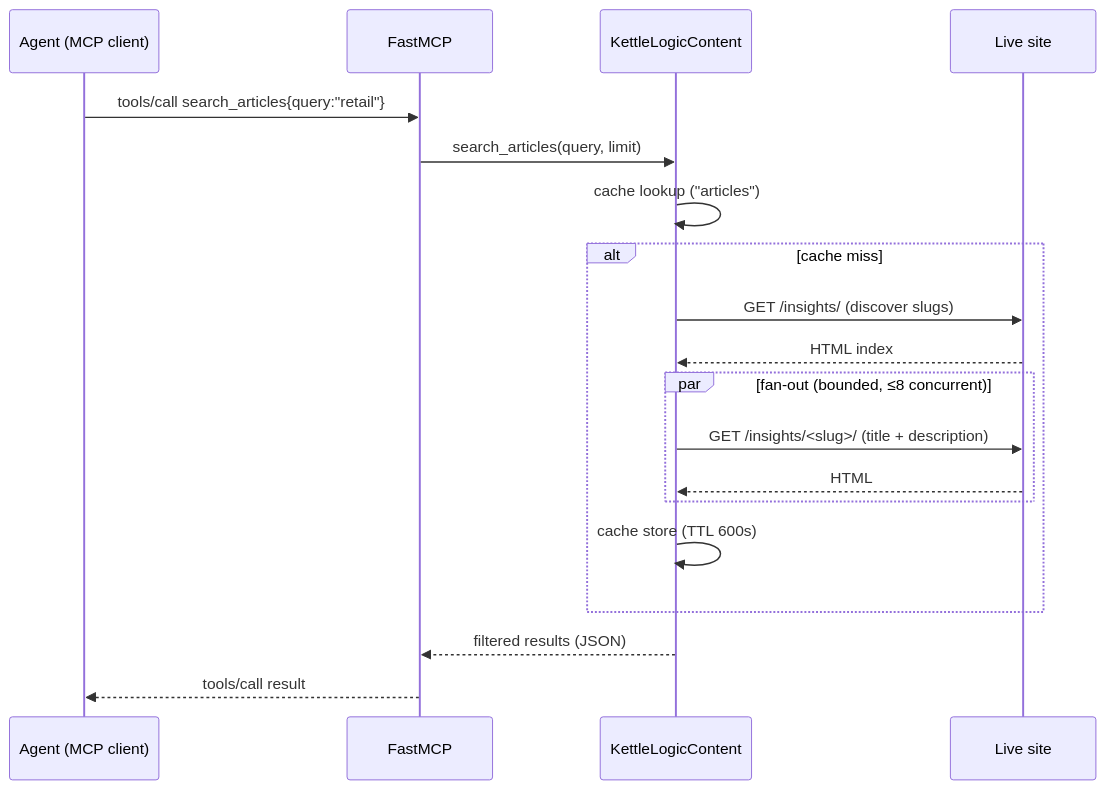
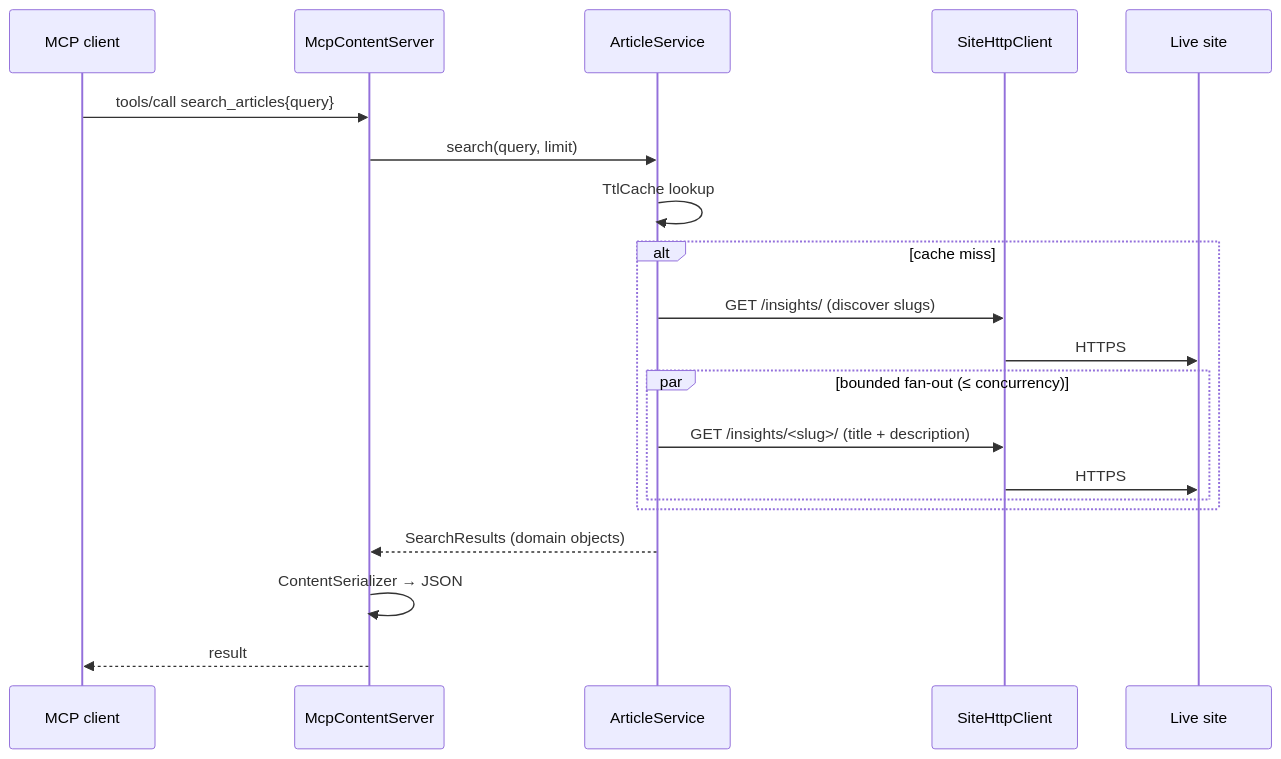
Before and after one commit to mploschiavo/mcp-kettlelogic: the second of 2 diagrams in ARCHITECTURE.md, drawn with Mermaid. The commit also changed other lines of this file and 17 other files, not shown here.

````diff
--- a/ARCHITECTURE.md
+++ b/ARCHITECTURE.md
@@ -38,22 +57,23 @@
 ```mermaid
 sequenceDiagram
-    participant A as Agent (MCP client)
-    participant M as FastMCP
-    participant K as KettleLogicContent
-    participant S as Live site
+    participant Cl as MCP client
+    participant Srv as McpContentServer
+    participant Svc as ArticleService
+    participant Http as SiteHttpClient
+    participant Site as Live site
 
-    A->>M: tools/call search_articles{query:"retail"}
-    M->>K: search_articles(query, limit)
-    K->>K: cache lookup ("articles")
+    Cl->>Srv: tools/call search_articles{query}
+    Srv->>Svc: search(query, limit)
+    Svc->>Svc: TtlCache lookup
     alt cache miss
-        K->>S: GET /insights/  (discover slugs)
-        S-->>K: HTML index
-        par fan-out (bounded, ≤8 concurrent)
-            K->>S: GET /insights/<slug>/  (title + description)
-            S-->>K: HTML
+        Svc->>Http: GET /insights/  (discover slugs)
+        Http->>Site: HTTPS
+        par bounded fan-out (≤ concurrency)
+            Svc->>Http: GET /insights/<slug>/  (title + description)
+            Http->>Site: HTTPS
         end
-        K->>K: cache store (TTL 600s)
     end
-    K-->>M: filtered results (JSON)
-    M-->>A: tools/call result
+    Svc-->>Srv: SearchResults (domain objects)
+    Srv->>Srv: ContentSerializer → JSON
+    Srv-->>Cl: result
 ```
````
